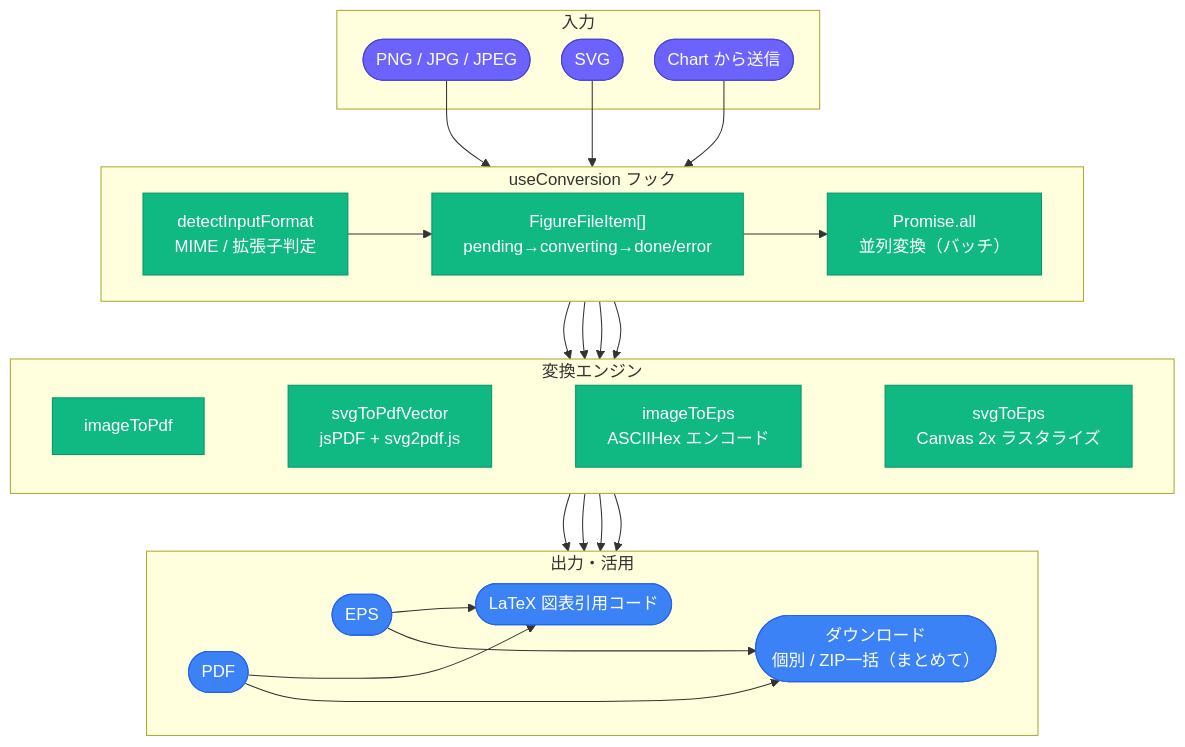
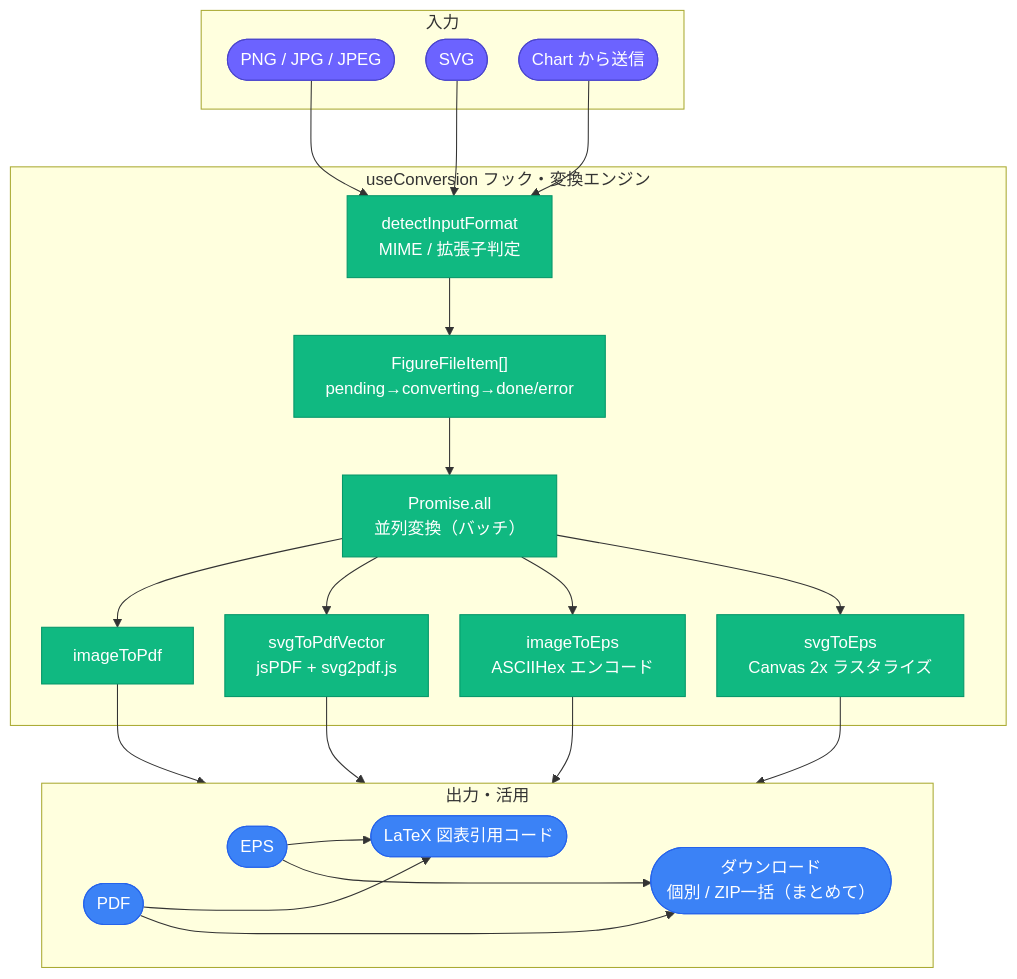
The first of 3 diagrams in docs/architecture/figure-convert.md (Axe0320/latex-research-toolkit), drawn with Mermaid before and after one commit. The commit also changed 1 other file, not shown here.

Commit message:
アーキテクチャ図の枠をまたぐ矢印の団子状描画とタイトル重なりを修正
- 画像変換「システム全体」：useConversionフックと変換エンジンの枠が別々だと、Promise.allから4つの変換関数への矢印が枠の境界をまたぐ際にMermaidの仕様で線が団子状に密集して描画される不具合があった。2つの枠を1つ（「useConversionフック・変換エンジン」）に統合し解消
- Citation「システム全体」：「DOI 解決（URL から DOI を特定）」という長い枠タイトルが、GitHub上ではURL入力からの矢印と重なって見えていた。タイトルを「DOI 解決」に短縮し、説明文は図の下に移動
- ローカルのmermaid-cliで再レンダリングし、矢印の分岐が明確に分かれて描画されることを確認済み

````diff
--- a/docs/architecture/figure-convert.md
+++ b/docs/architecture/figure-convert.md
@@ -15,55 +15,49 @@
 ```mermaid
 %%{init: {'flowchart': {'nodeSpacing': 30, 'rankSpacing': 55}}}%%
 flowchart TD
     classDef input fill:#6C63FF,color:#fff,stroke:#4a44cc
     classDef conv  fill:#10B981,color:#fff,stroke:#059669
     classDef out   fill:#3B82F6,color:#fff,stroke:#2563EB
 
     subgraph IN["入力"]
         PNG([PNG / JPG / JPEG]):::input
         SVG([SVG]):::input
         CHARTIN(["Chart から送信"]):::input
     end
 
-    subgraph HOOK["useConversion フック"]
-        direction LR
+    subgraph PROCESS["useConversion フック・変換エンジン"]
         DET["detectInputFormat<br/>MIME / 拡張子判定"]:::conv
         STATE["FigureFileItem[]<br/>pending→converting→done/error"]:::conv
         PAR["Promise.all<br/>並列変換（バッチ）"]:::conv
         DET --> STATE --> PAR
-    end
-
-    subgraph CONV["変換エンジン"]
-        direction LR
         P1["imageToPdf"]:::conv
         P2["svgToPdfVector<br/>jsPDF + svg2pdf.js"]:::conv
         E1["imageToEps<br/>ASCIIHex エンコード"]:::conv
         E2["svgToEps<br/>Canvas 2x ラスタライズ"]:::conv
-        P1 ~~~ P2 ~~~ E1 ~~~ E2
+        PAR --> P1
+        PAR --> P2
+        PAR --> E1
+        PAR --> E2
     end
 
     subgraph OUT["出力・活用"]
         direction LR
         PDF([PDF]):::out
         EPS([EPS]):::out
         LTX(["LaTeX 図表引用コード"]):::out
         DL(["ダウンロード<br/>個別 / ZIP一括（まとめて）"]):::out
         PDF ~~~ EPS ~~~ LTX ~~~ DL
     end
 
     PNG --> DET
     SVG --> DET
     CHARTIN --> DET
-    PAR --> P1
-    PAR --> P2
-    PAR --> E1
-    PAR --> E2
     P1 --> PDF
     P2 --> PDF
     E1 --> EPS
     E2 --> EPS
     PDF --> LTX
     PDF --> DL
     EPS --> LTX
     EPS --> DL
 ```
````
